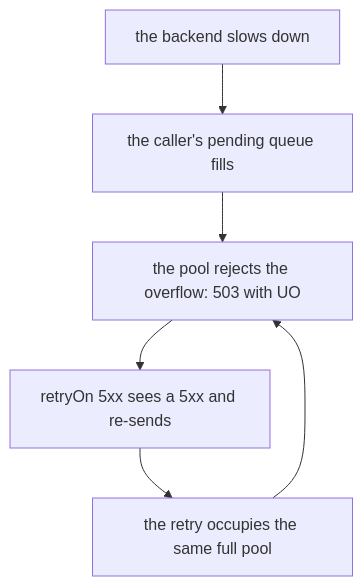
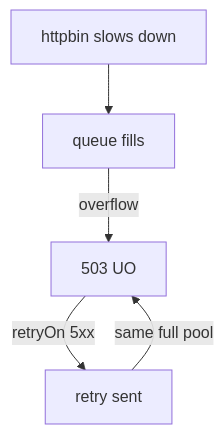
Before and after one commit to astrona-io/ATS014: the second of 2 diagrams in sections/section-040/module-02/course-03-scope-verification-and-retry-amplification.md, drawn with Mermaid. The commit also changed other lines of this file and 444 other files, not shown here.

````diff
--- a/sections/section-040/module-02/course-03-scope-verification-and-retry-amplification.md
+++ b/sections/section-040/module-02/course-03-scope-verification-and-retry-amplification.md
@@ -62,8 +62,7 @@
 ```mermaid
-flowchart TD
-    A["the backend slows down"] --> B["the caller's pending queue fills"]
-    B --> C["the pool rejects the overflow: 503 with UO"]
-    C --> D["retryOn 5xx sees a 5xx and re-sends"]
-    D --> E["the retry occupies the same full pool"]
-    E --> C
+flowchart TB
+    A["httpbin slows down"] --> B["queue fills"]
+    B -->|"overflow"| C["503 UO"]
+    C -->|"retryOn 5xx"| D["retry sent"]
+    D -->|"same full pool"| C
 ```
````
